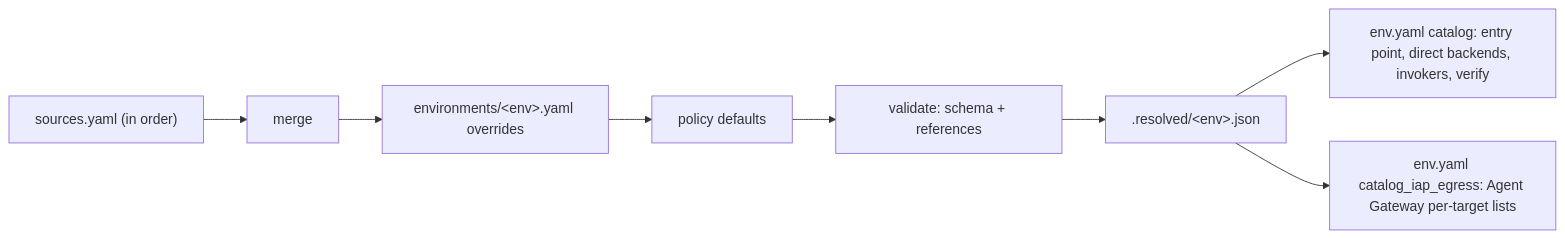
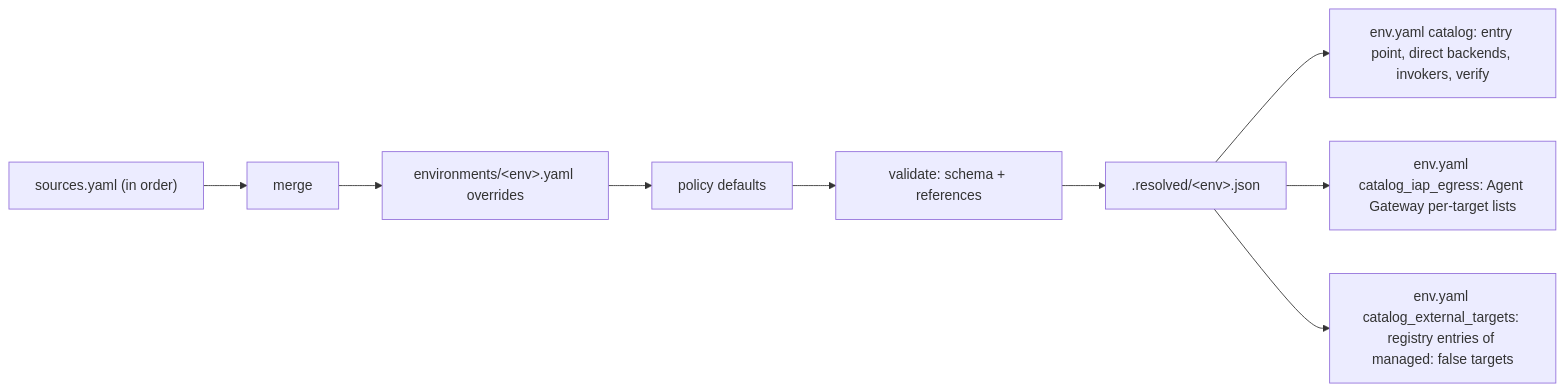
Before and after one commit to google/esmeralda: the diagram in docs/src/3-agentops-and-lifecycle/06-service-catalog.md, drawn with Mermaid. The commit also changed other lines of this file and 33 other files, not shown here.

First line of the commit message:
feat(catalog): register managed: false targets in the Agent Registry and close the registry-root egress grant (#202)

````diff
--- a/docs/src/3-agentops-and-lifecycle/06-service-catalog.md
+++ b/docs/src/3-agentops-and-lifecycle/06-service-catalog.md
@@ -100,10 +100,11 @@
 ```mermaid
 flowchart LR
   S["sources.yaml (in order)"] --> M["merge"]
   M --> O["environments/&lt;env&gt;.yaml overrides"]
   O --> D["policy defaults"]
   D --> V["validate: schema + references"]
   V --> R[".resolved/&lt;env&gt;.json"]
   R --> T["env.yaml catalog: entry point, direct backends, invokers, verify"]
   R --> G["env.yaml catalog_iap_egress: Agent Gateway per-target lists"]
+  R --> X["env.yaml catalog_external_targets: registry entries of managed: false targets"]
 ```
````
